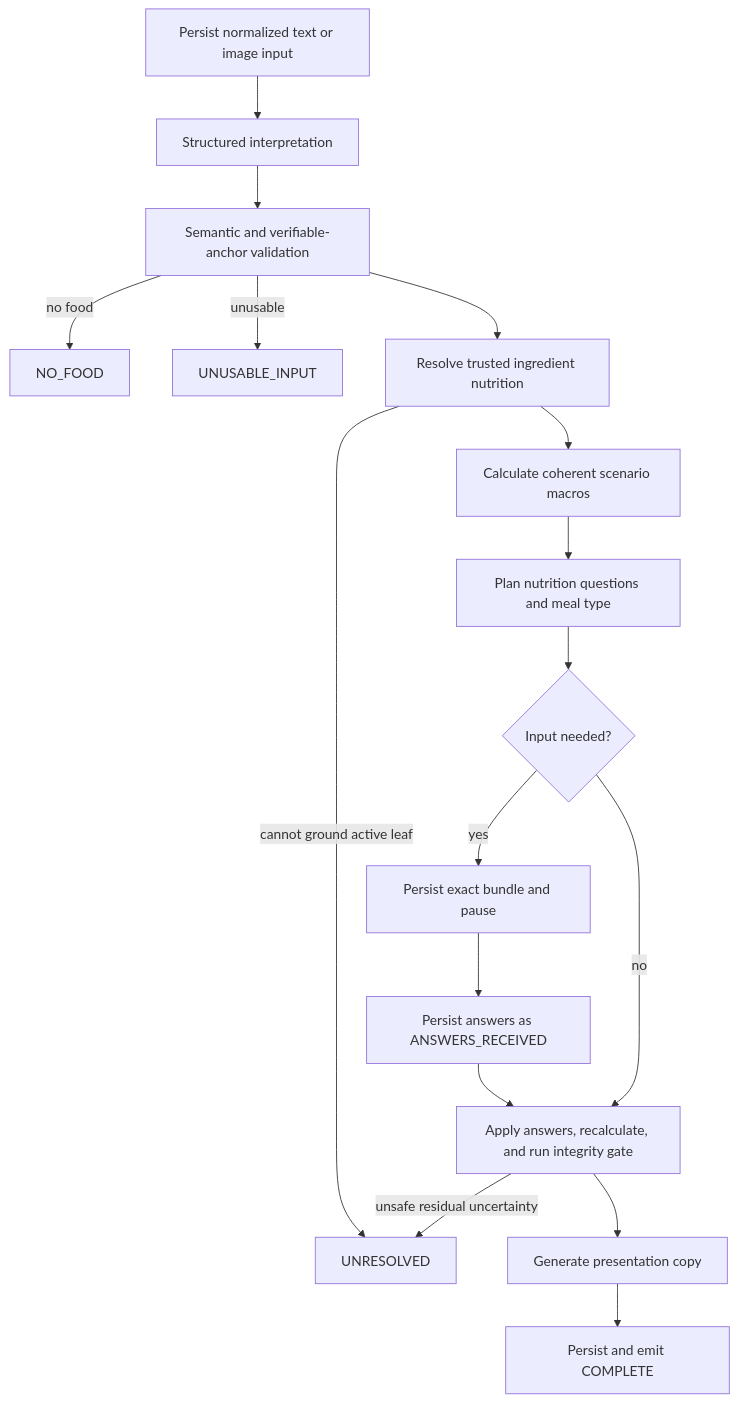
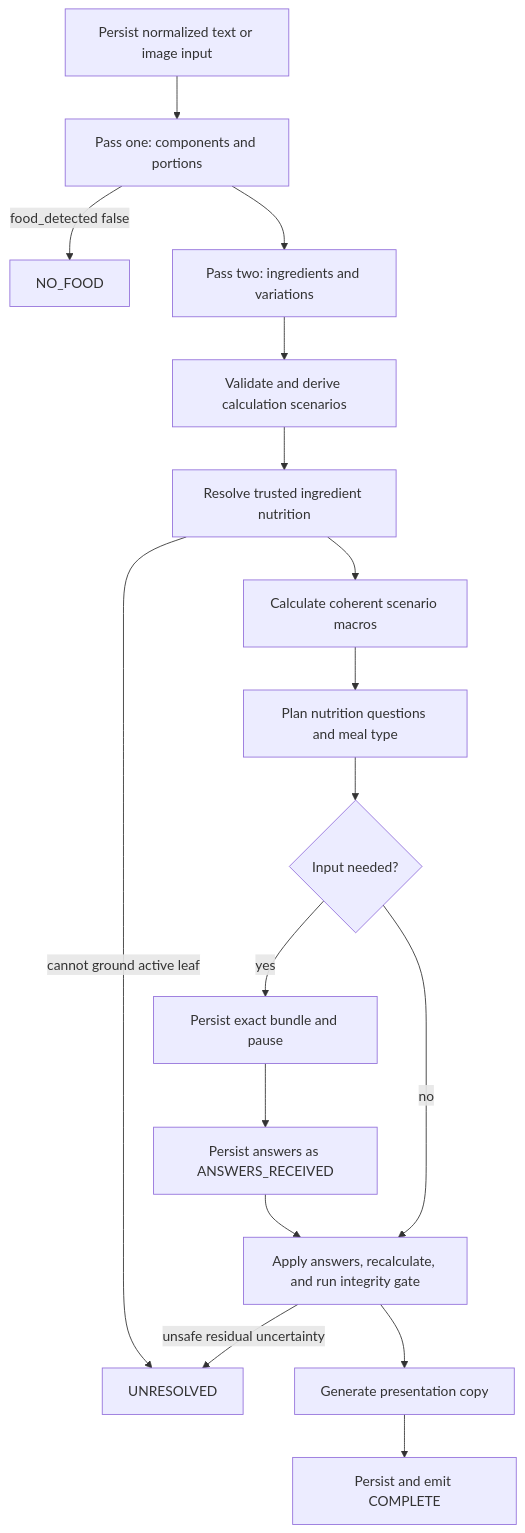
The diagram in docs/plans/meal-analysis-reliability.md (thecodepapaya/calorify), drawn with Mermaid before and after one commit. The commit also changed other lines of this file and 15 other files, not shown here.

Commit message:
WIP split meal analysis interpretation into two passes

````diff
--- a/docs/plans/meal-analysis-reliability.md
+++ b/docs/plans/meal-analysis-reliability.md
@@ -450,19 +463,19 @@
 ```mermaid
 flowchart TD
-    A[Persist normalized text or image input] --> B[Structured interpretation]
-    B --> C[Semantic and verifiable-anchor validation]
-    C -->|no food| N[NO_FOOD]
-    C -->|unusable| U[UNUSABLE_INPUT]
-    C --> D[Resolve trusted ingredient nutrition]
-    D -->|cannot ground active leaf| R[UNRESOLVED]
-    D --> E[Calculate coherent scenario macros]
-    E --> F[Plan nutrition questions and meal type]
-    F --> G{Input needed?}
+    A[Persist normalized text or image input] --> B[Pass one: components and portions]
+    B -->|food_detected false| N[NO_FOOD]
+    B --> C[Pass two: ingredients and variations]
+    C --> D[Validate and derive calculation scenarios]
+    D --> E[Resolve trusted ingredient nutrition]
+    E -->|cannot ground active leaf| R[UNRESOLVED]
+    E --> F[Calculate coherent scenario macros]
+    F --> Q[Plan nutrition questions and meal type]
+    Q --> G{Input needed?}
     G -->|yes| H[Persist exact bundle and pause]
     H --> I[Persist answers as ANSWERS_RECEIVED]
     I --> J[Apply answers, recalculate, and run integrity gate]
     G -->|no| J
     J -->|unsafe residual uncertainty| R
     J --> L[Generate presentation copy]
     L --> M[Persist and emit COMPLETE]
 ```
````
